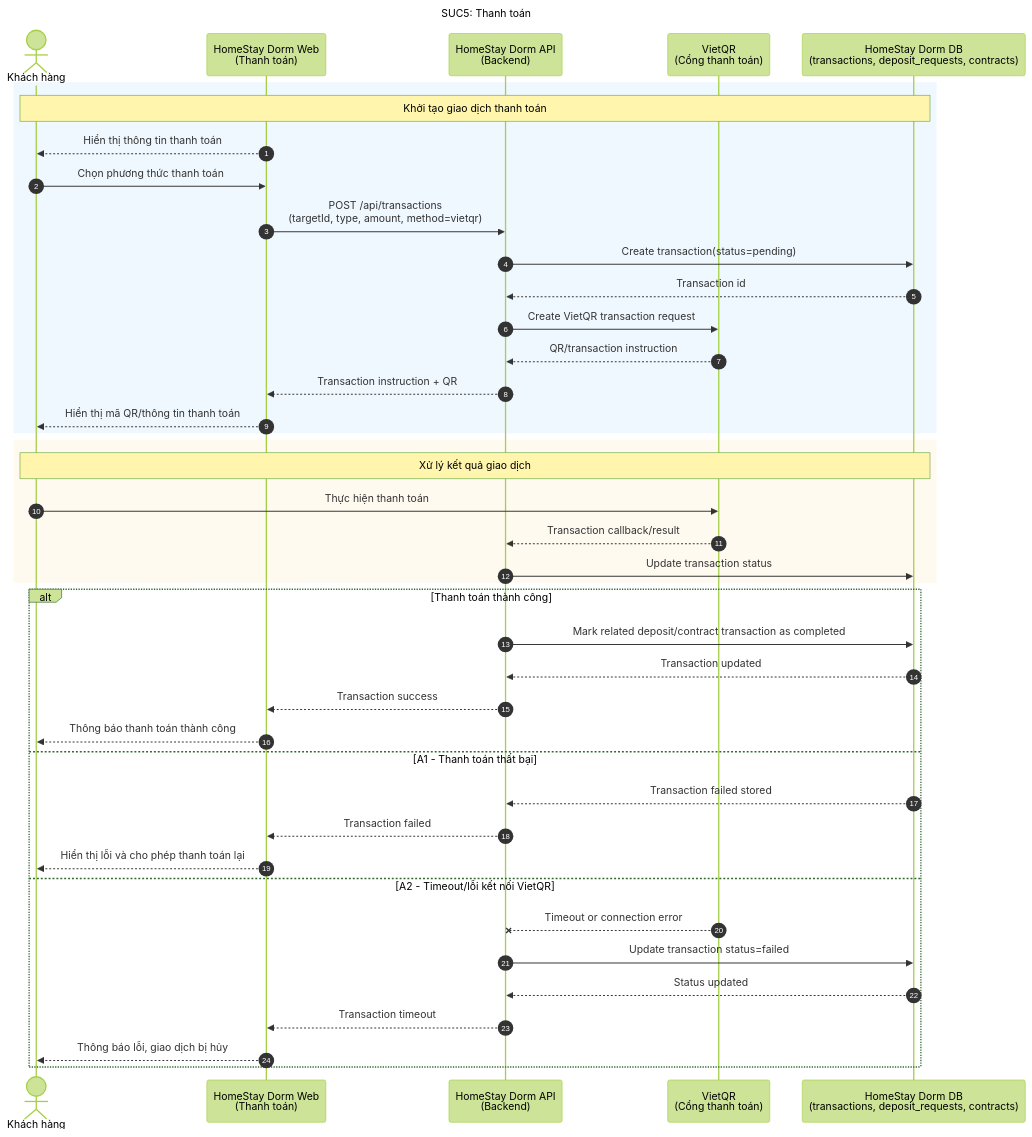
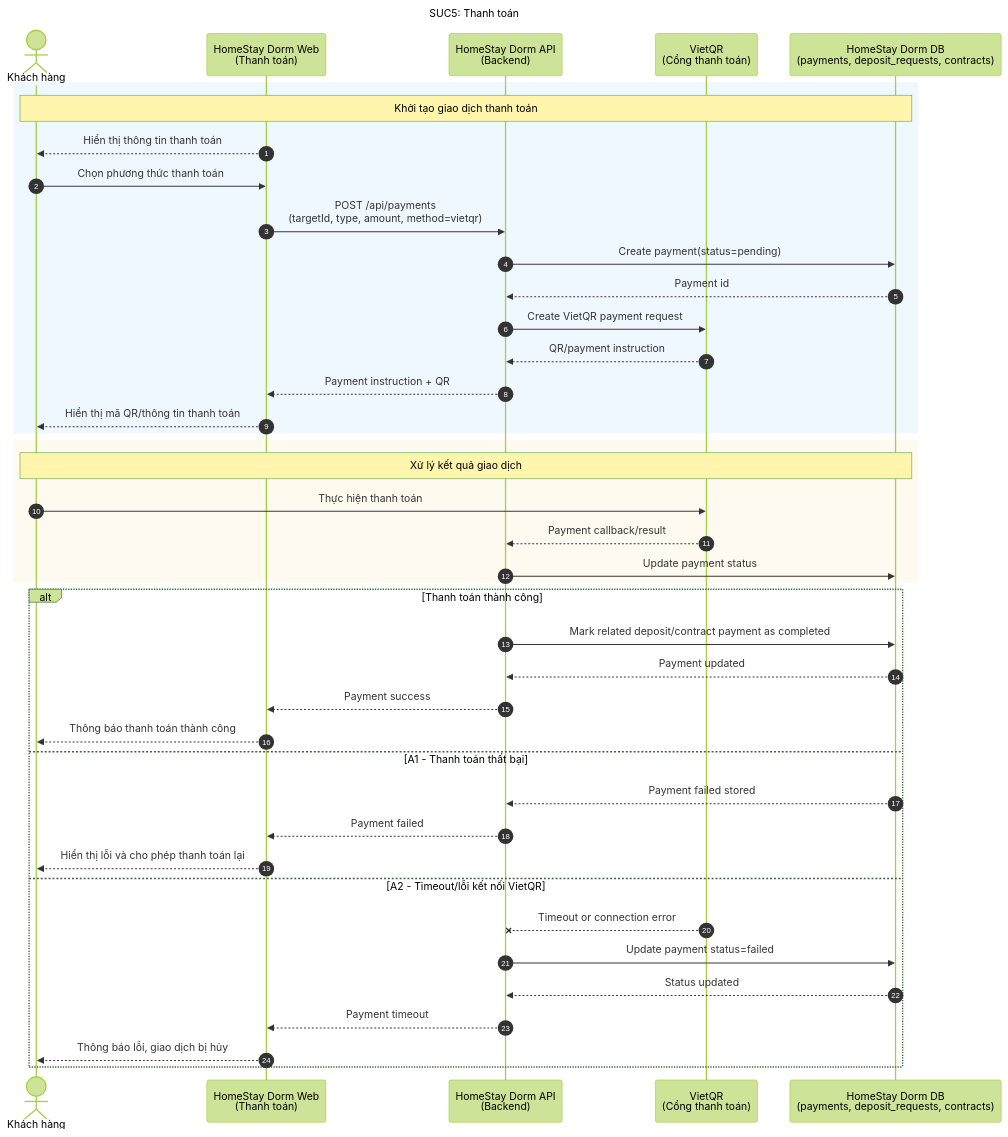
The diagram in docs/SUC/SUC05-thanh-toan.mmd (dinhdaivu/CSC12004_Information-Systems-Analysis-and-Design), drawn with Mermaid (forest theme) before and after one commit. The commit also changed 30 other files, not shown here.

Commit message:
docs: change transactions to payments (#8)

```diff
--- a/docs/SUC/SUC05-thanh-toan.mmd
+++ b/docs/SUC/SUC05-thanh-toan.mmd
@@ -1,45 +1,45 @@
 sequenceDiagram
     title SUC5: Thanh toán
     autonumber
     actor C as Khách hàng
     participant Web as HomeStay Dorm Web<br/>(Thanh toán)
     participant API as HomeStay Dorm API<br/>(Backend)
     participant VietQR as VietQR<br/>(Cổng thanh toán)
-    participant DB as HomeStay Dorm DB<br/>(transactions, deposit_requests, contracts)
+    participant DB as HomeStay Dorm DB<br/>(payments, deposit_requests, contracts)
 
     rect rgb(240, 248, 255)
         Note over C, DB: Khởi tạo giao dịch thanh toán
         Web-->>C: Hiển thị thông tin thanh toán
         C->>Web: Chọn phương thức thanh toán
-        Web->>API: POST /api/transactions<br/>(targetId, type, amount, method=vietqr)
-        API->>DB: Create transaction(status=pending)
-        DB-->>API: Transaction id
-        API->>VietQR: Create VietQR transaction request
-        VietQR-->>API: QR/transaction instruction
-        API-->>Web: Transaction instruction + QR
+        Web->>API: POST /api/payments<br/>(targetId, type, amount, method=vietqr)
+        API->>DB: Create payment(status=pending)
+        DB-->>API: Payment id
+        API->>VietQR: Create VietQR payment request
+        VietQR-->>API: QR/payment instruction
+        API-->>Web: Payment instruction + QR
         Web-->>C: Hiển thị mã QR/thông tin thanh toán
     end
 
     rect rgb(255, 250, 240)
         Note over C, DB: Xử lý kết quả giao dịch
         C->>VietQR: Thực hiện thanh toán
-        VietQR-->>API: Transaction callback/result
-        API->>DB: Update transaction status
+        VietQR-->>API: Payment callback/result
+        API->>DB: Update payment status
     end
 
     alt Thanh toán thành công
-        API->>DB: Mark related deposit/contract transaction as completed
-        DB-->>API: Transaction updated
-        API-->>Web: Transaction success
+        API->>DB: Mark related deposit/contract payment as completed
+        DB-->>API: Payment updated
+        API-->>Web: Payment success
         Web-->>C: Thông báo thanh toán thành công
     else A1 - Thanh toán thất bại
-        DB-->>API: Transaction failed stored
-        API-->>Web: Transaction failed
+        DB-->>API: Payment failed stored
+        API-->>Web: Payment failed
         Web-->>C: Hiển thị lỗi và cho phép thanh toán lại
     else A2 - Timeout/lỗi kết nối VietQR
         VietQR--xAPI: Timeout or connection error
-        API->>DB: Update transaction status=failed
+        API->>DB: Update payment status=failed
         DB-->>API: Status updated
-        API-->>Web: Transaction timeout
+        API-->>Web: Payment timeout
         Web-->>C: Thông báo lỗi, giao dịch bị hủy
     end
```
